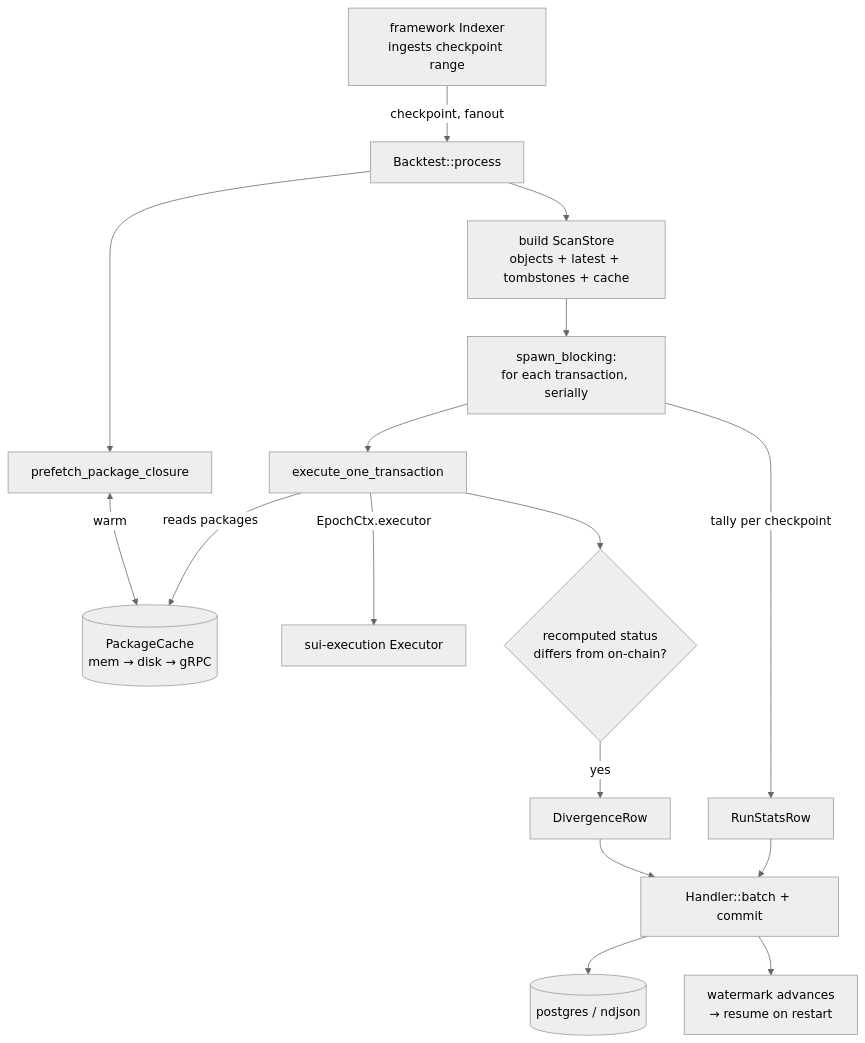
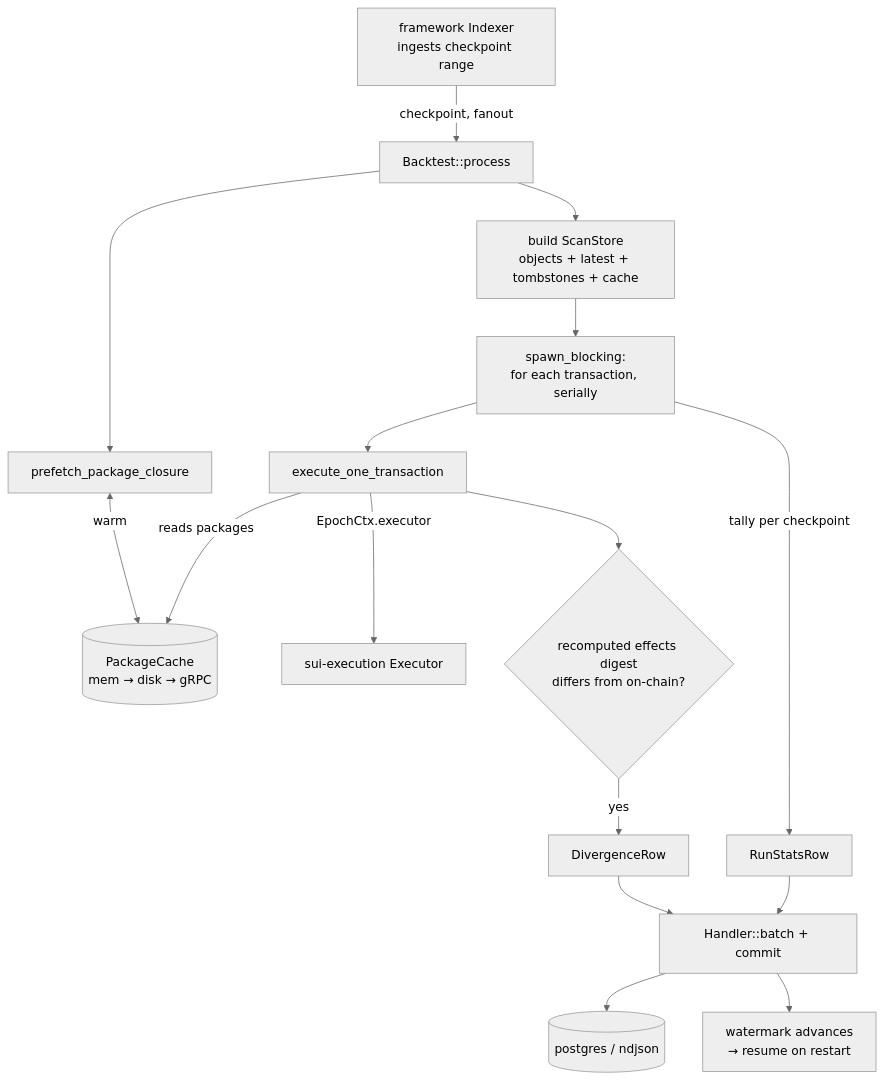
Before and after one commit to MystenLabs/sui: the second of 2 diagrams in crates/sui-execution-backtest/README.md, drawn with Mermaid (neutral theme). The commit also changed other lines of this file and 6 other files, not shown here.

````diff
--- a/crates/sui-execution-backtest/README.md
+++ b/crates/sui-execution-backtest/README.md
@@ -221,21 +249,21 @@
 ```mermaid
 flowchart TD
     Indexer[framework Indexer<br/>ingests checkpoint range] -->|checkpoint, fanout| Process[Backtest::process]
 
     Process --> Prefetch[prefetch_package_closure]
     Prefetch <-->|warm| Cache[(PackageCache<br/>mem → disk → gRPC)]
 
     Process --> Build[build ScanStore<br/>objects + latest + tombstones + cache]
     Build --> Blocking[spawn_blocking:<br/>for each transaction, serially]
     Blocking --> Exec[execute_one_transaction]
     Exec -->|reads packages| Cache
     Exec -->|EpochCtx.executor| VM[sui-execution Executor]
-    Exec --> Cmp{recomputed status<br/>differs from on-chain?}
+    Exec --> Cmp{recomputed effects digest<br/>differs from on-chain?}
     Cmp -->|yes| Div[DivergenceRow]
     Blocking -->|tally per checkpoint| Stats[RunStatsRow]
 
     Div --> Batch[Handler::batch + commit]
     Stats --> Batch
     Batch --> Out[(postgres / ndjson)]
     Batch --> WM[watermark advances<br/>→ resume on restart]
 ```
````
